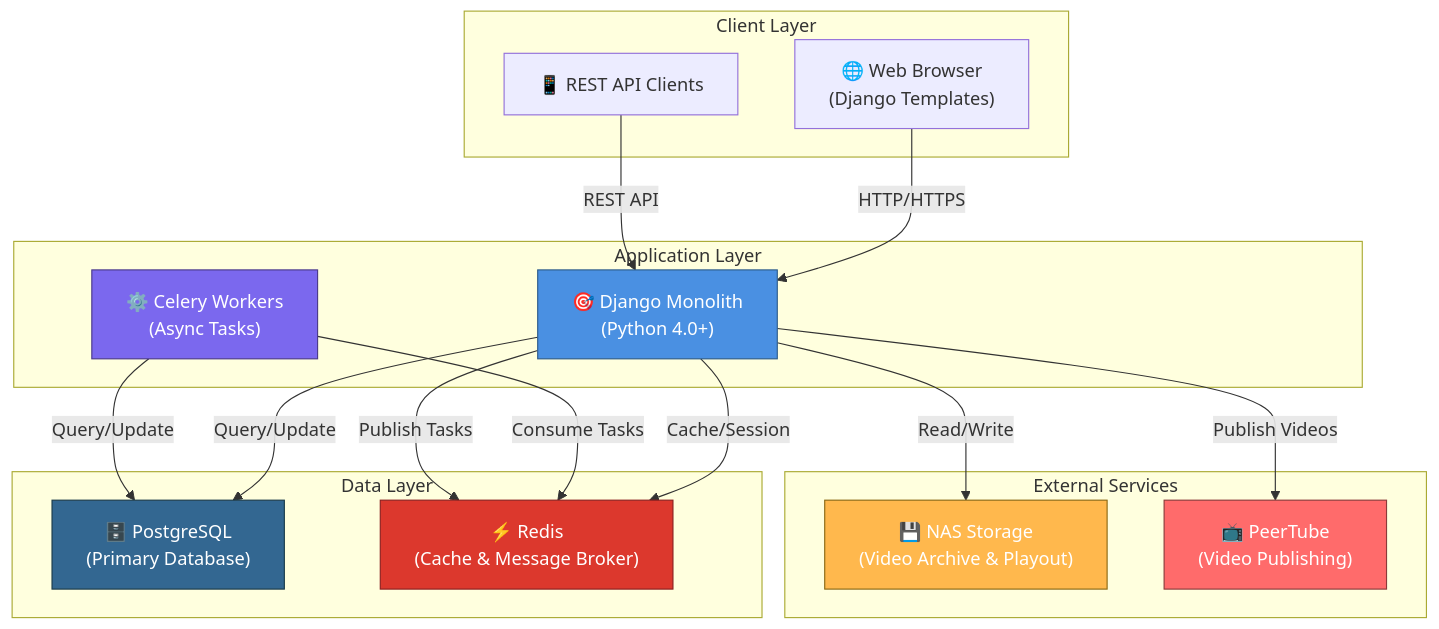
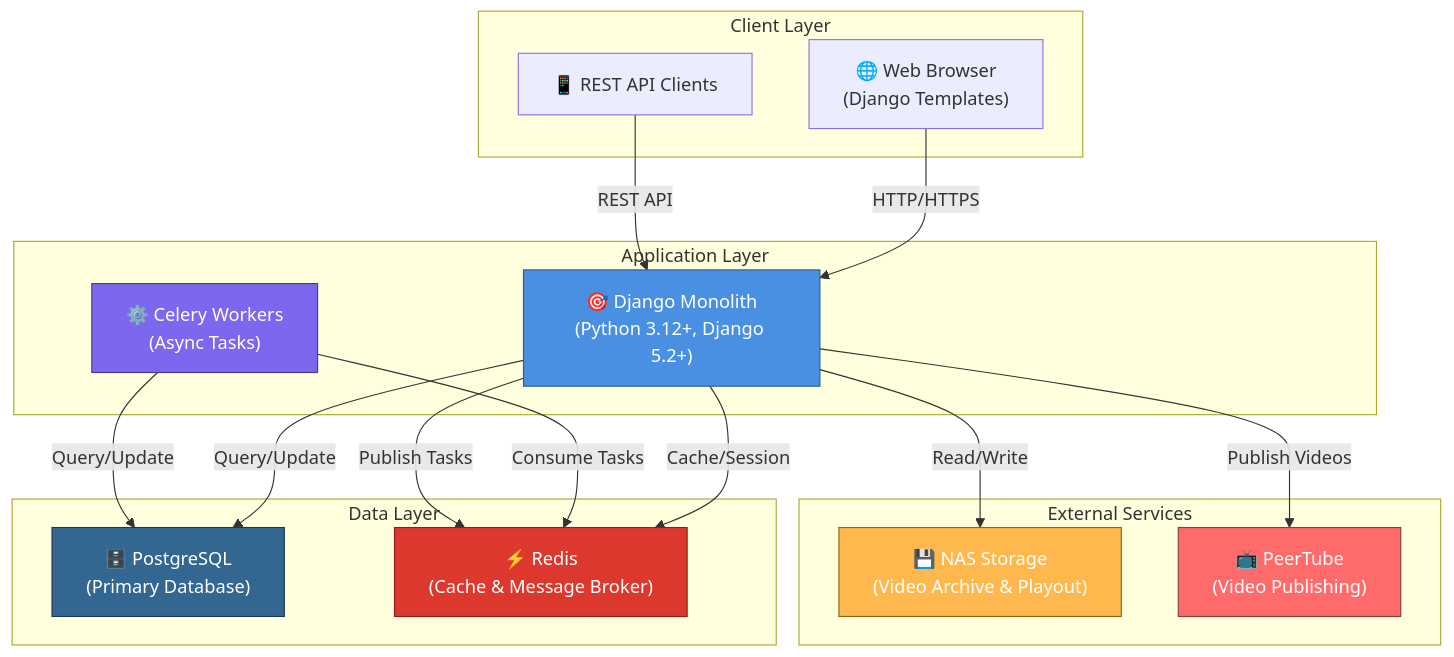
One commit to yarkolife/ok_tools changed the second of 2 diagrams in overview.md. Above: the diagram before and after it, drawn with Mermaid. The commit also changed other lines of this file and 146 other files, not shown here.

````diff
--- a/overview.md
+++ b/overview.md
@@ -72,39 +74,39 @@
 ```mermaid
 graph TB
     subgraph "Client Layer"
         Web["🌐 Web Browser<br/>(Django Templates)"]
         API["📱 REST API Clients"]
     end
     
     subgraph "Application Layer"
-        Django["🎯 Django Monolith<br/>(Python 4.0+)"]
+        Django["🎯 Django Monolith<br/>(Python 3.12+, Django 5.2+)"]
         Celery["⚙️ Celery Workers<br/>(Async Tasks)"]
     end
     
     subgraph "Data Layer"
         PostgreSQL["🗄️ PostgreSQL<br/>(Primary Database)"]
         Redis["⚡ Redis<br/>(Cache & Message Broker)"]
     end
     
     subgraph "External Services"
         NAS["💾 NAS Storage<br/>(Video Archive & Playout)"]
         PeerTube["📺 PeerTube<br/>(Video Publishing)"]
     end
     
     Web -->|HTTP/HTTPS| Django
     API -->|REST API| Django
     Django -->|Query/Update| PostgreSQL
     Django -->|Cache/Session| Redis
     Celery -->|Consume Tasks| Redis
     Celery -->|Query/Update| PostgreSQL
     Django -->|Publish Tasks| Redis
     Django -->|Read/Write| NAS
     Django -->|Publish Videos| PeerTube
     
     style Django fill:#4A90E2,stroke:#2E5C8A,color:#fff
     style Celery fill:#7B68EE,stroke:#4B3A8B,color:#fff
     style PostgreSQL fill:#336791,stroke:#1A3A4A,color:#fff
     style Redis fill:#DC382D,stroke:#8B1F1F,color:#fff
     style NAS fill:#FFB84D,stroke:#8B6914,color:#fff
     style PeerTube fill:#FF6B6B,stroke:#8B3A3A,color:#fff
 ```
````
